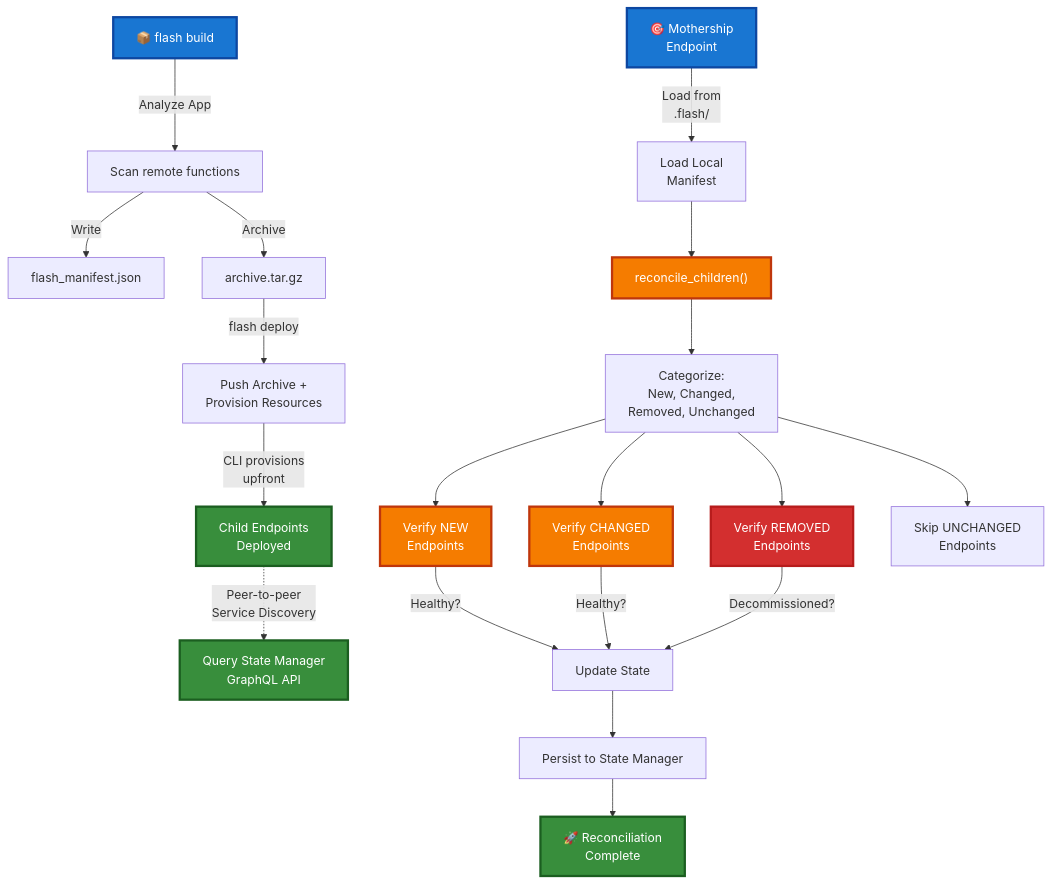
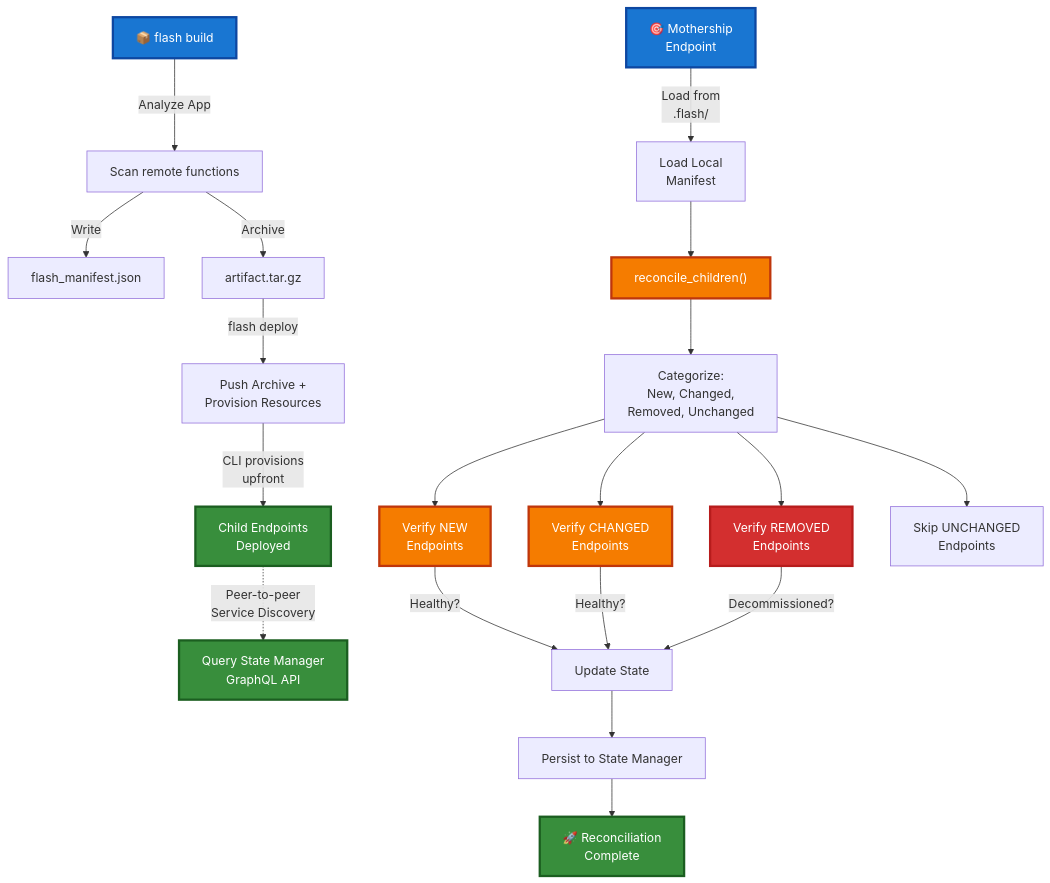
The first of 3 diagrams in docs/Deployment_Architecture.md (runpod/tetra-rp), drawn with Mermaid before and after one commit. The commit also changed 9 other files, not shown here.

First line of the commit message:
refactor: rename archive.tar.gz to artifact.tar.gz (#170)

````diff
--- a/docs/Deployment_Architecture.md
+++ b/docs/Deployment_Architecture.md
@@ -8,41 +8,41 @@
 ```mermaid
 graph TD
     A["📦 flash build"] -->|"Analyze App"| B["Scan remote functions"]
     B -->|"Write"| C["flash_manifest.json"]
-    B -->|"Archive"| D["archive.tar.gz"]
+    B -->|"Archive"| D["artifact.tar.gz"]
 
     D -->|"flash deploy"| E["Push Archive +<br/>Provision Resources"]
 
     E -->|"CLI provisions<br/>upfront"| F["Child Endpoints<br/>Deployed"]
 
     G["🎯 Mothership<br/>Endpoint"] -->|"Load from<br/>.flash/"| H["Load Local<br/>Manifest"]
 
     H --> I["reconcile_children()"]
 
     I --> J["Categorize:<br/>New, Changed,<br/>Removed, Unchanged"]
 
     J --> K["Verify NEW<br/>Endpoints"]
     J --> L["Verify CHANGED<br/>Endpoints"]
     J --> M["Verify REMOVED<br/>Endpoints"]
     J --> N["Skip UNCHANGED<br/>Endpoints"]
 
     K -->|"Healthy?"| O["Update State"]
     L -->|"Healthy?"| O
     M -->|"Decommissioned?"| O
 
     O --> P["Persist to State Manager"]
 
     P --> Q["🚀 Reconciliation<br/>Complete"]
 
     F -.->|"Peer-to-peer<br/>Service Discovery"| R["Query State Manager<br/>GraphQL API"]
 
     style A fill:#1976d2,stroke:#0d47a1,stroke-width:3px,color:#fff
     style G fill:#1976d2,stroke:#0d47a1,stroke-width:3px,color:#fff
     style I fill:#f57c00,stroke:#bf360c,stroke-width:3px,color:#fff
     style K fill:#f57c00,stroke:#bf360c,stroke-width:3px,color:#fff
     style L fill:#f57c00,stroke:#bf360c,stroke-width:3px,color:#fff
     style M fill:#d32f2f,stroke:#b71c1c,stroke-width:3px,color:#fff
     style Q fill:#388e3c,stroke:#1b5e20,stroke-width:3px,color:#fff
     style R fill:#388e3c,stroke:#1b5e20,stroke-width:3px,color:#fff
     style F fill:#388e3c,stroke:#1b5e20,stroke-width:3px,color:#fff
 ```
````
